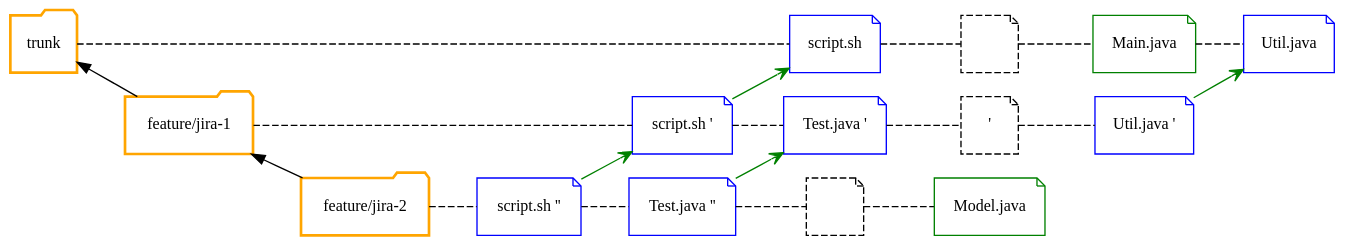
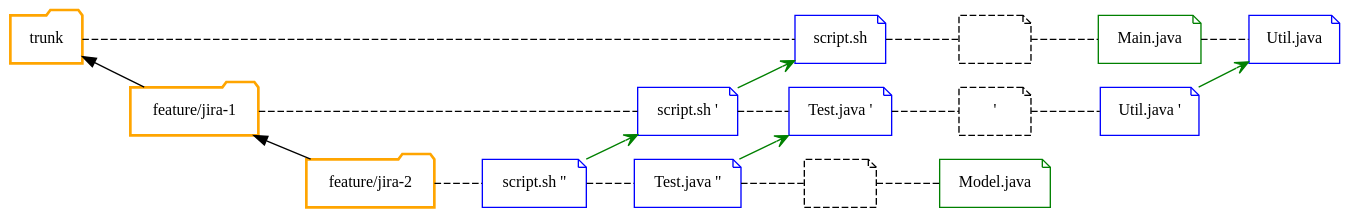
One commit to Gepardec/git-training changed the diagram in slides/intro/src/docs/asciidoc/graphviz/git-branch.dot. Above: the diagram before and after it, drawn with Graphviz. The commit also changed 15 other files, not shown here.

```diff
--- a/slides/intro/src/docs/asciidoc/graphviz/git-branch.dot
+++ b/slides/intro/src/docs/asciidoc/graphviz/git-branch.dot
@@ -1,50 +1,50 @@
 digraph svn_branch {
     rankdir="LR";
     bgcolor="transparent";
 
-    node[width=0.6,height=0.6, shape=folder,fontsize=12.0, style="bold", color=orange];
+    node[shape=folder,fontsize=12.0, style="bold", color=orange];
     "trunk"[label="trunk",group="trunk"];
     "feature_1"[label="feature/jira-1",group="feature_1"];
     "feature_2"[label="feature/jira-2",group="feature_2"];
 
-    node[width=0.6,height=0.6, shape=note,fontsize=12.0, style="", color=""];
+    node[shape=note,fontsize=12.0, style="", color=""];
     "file_1"[label="script.sh",group="trunk",color="blue"]
     "file_2"[label="",group="trunk",style="dashed"]
     "file_3"[label="Main.java",group="trunk",color="green"]
     "file_4"[label="Util.java",group="trunk",color="blue"]
     "file__1"[label="script.sh '",group="feature_1",color="blue"]
     "file__2"[label="Test.java '",group="feature_1",color="blue"]
     "file__3"[label="'",group="feature_1",style="dashed"]
     "file__4"[label="Util.java '",group="feature_1",color="blue"]
     "file___1"[label="script.sh ''",group="feature_2",color="blue"]
     "file___2"[label="Test.java ''",group="feature_2",color="blue"]
     "file___3"[label="",group="feature_2",style=dashed]
     "file___4"[label="Model.java",group="feature_2",color="green"]
 
-    edge[weight=2,arrowhead=open,dir="back"];
+    edge[arrowhead=open,dir="back"];
     "trunk" -> "feature_1";
     "feature_1" -> "feature_2";
 
-    edge[weight=2,arrowhead=none,dir="forward", style=dashed];
+    edge[arrowhead=none,dir="forward", style=dashed];
     "trunk" -> "file_1";
     "feature_1" -> "file__1";
     "feature_2" -> "file___1";
 
-    edge[weight=2,arrowhead=none,dir="forward"];
+    edge[arrowhead=none,dir="forward"];
     "file_1" -> "file_2";
     "file_2" -> "file_3";
     "file_3" -> "file_4";
     "file__1" -> "file__2";
     "file__2" -> "file__3";
     "file__3" -> "file__4";
     "file___1" -> "file___2";
     "file___2" -> "file___3";
     "file___3" -> "file___4";
 
-    edge[weight=2,arrowhead=open,style="", color=green];
+    edge[arrowhead=open,style="", color=green];
     "file__1" -> "file_1"
     "file___1" -> "file__1"
     "file___2" -> "file__2"
     "file__4" -> "file_4"
 
 }
```
